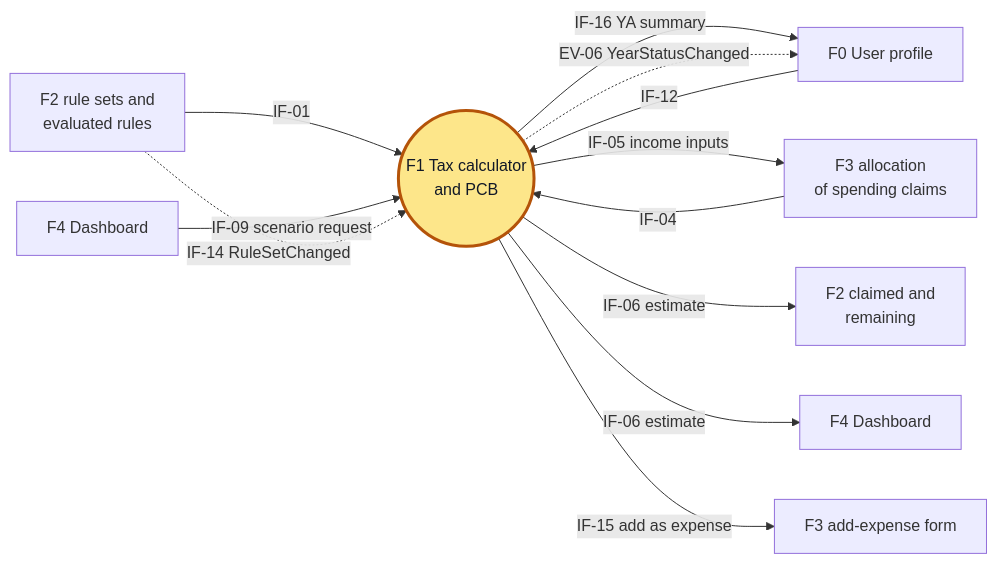
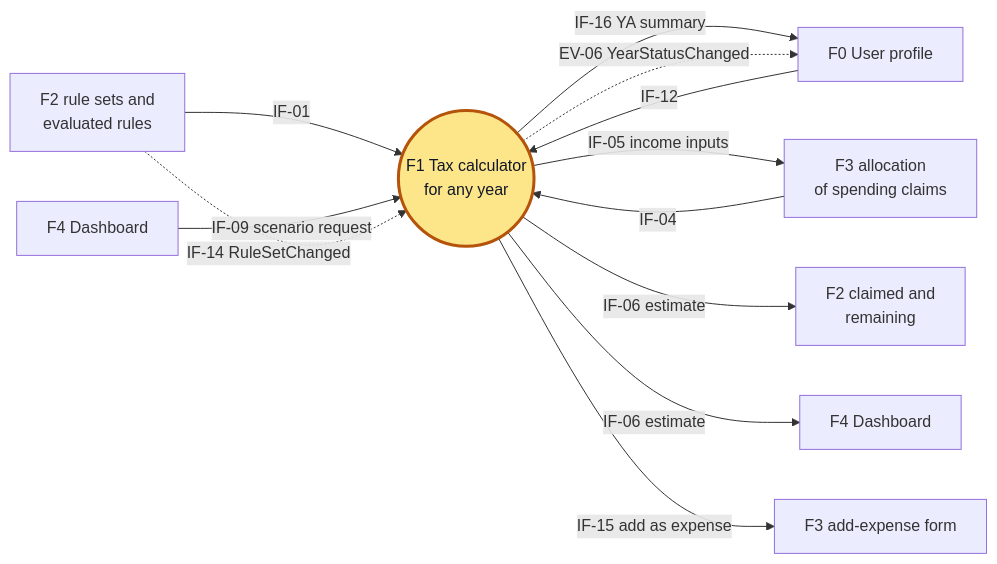
The second of 9 diagrams in docs/tools/source/f1.md (Juthyra/Tax-Relief-Manager-TRM-), drawn with Mermaid before and after one commit. The commit also changed other lines of this file and 40 other files, not shown here.

````diff
--- a/docs/tools/source/f1.md
+++ b/docs/tools/source/f1.md
@@ -87,16 +90,16 @@
 ```mermaid
 flowchart LR
-  F2["F2 rule sets and<br/>evaluated rules"] -->|"IF-01"| F1(("F1 Tax calculator<br/>and PCB"))
+  F2["F2 rule sets and<br/>evaluated rules"] -->|"IF-01"| F1(("F1 Tax calculator<br/>for any year"))
   PR["F0 User profile"] -->|"IF-12"| F1
   F1 -->|"IF-16 YA summary"| PR
   F1 -.->|"EV-06 YearStatusChanged"| PR
   F3["F3 allocation<br/>of spending claims"] -->|"IF-04"| F1
   F4["F4 Dashboard"] -->|"IF-09 scenario request"| F1
   F1 -->|"IF-05 income inputs"| F3
   F1 -->|"IF-06 estimate"| F2b["F2 claimed and<br/>remaining"]
   F1 -->|"IF-06 estimate"| F4b["F4 Dashboard"]
   F1 -->|"IF-15 add as expense"| F3b["F3 add-expense form"]
   F2 -.->|"IF-14 RuleSetChanged"| F1
   classDef cur fill:#fde68a,stroke:#b45309,stroke-width:3px,color:#111827
   class F1 cur
 ```
````
